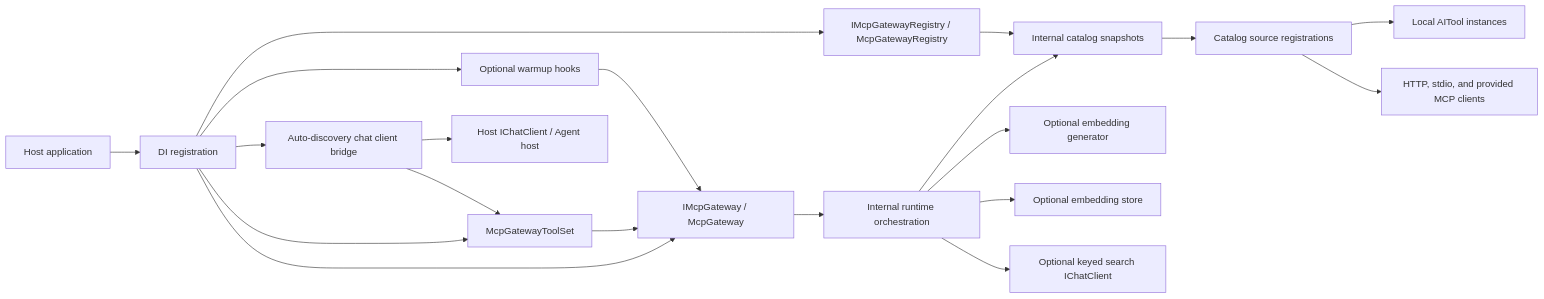
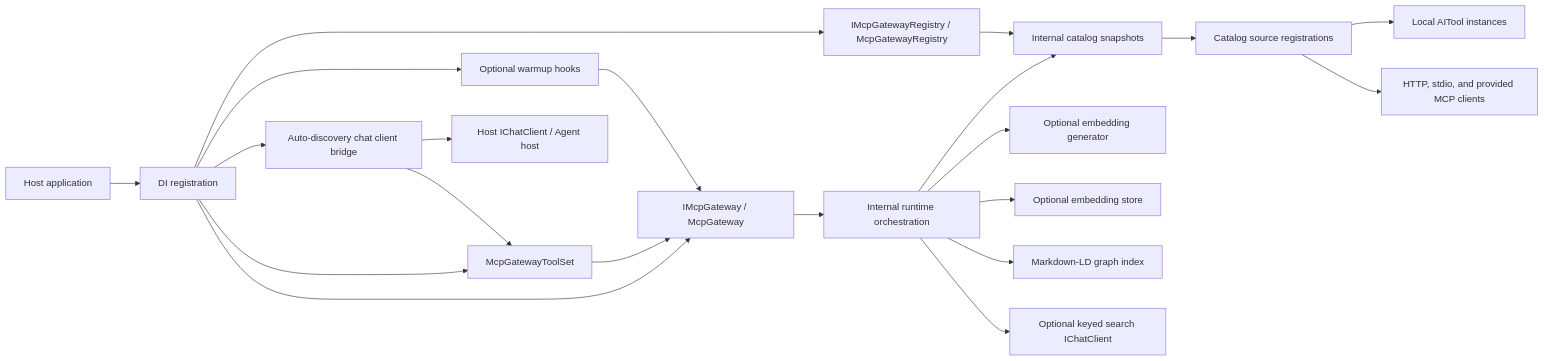
One commit to managedcode/MCPGateway changed the second of 4 diagrams in docs/Architecture/Overview.md. Above: the diagram before and after it, drawn with Mermaid. The commit also changed other lines of this file and 45 other files, not shown here.

````diff
--- a/docs/Architecture/Overview.md
+++ b/docs/Architecture/Overview.md
@@ -49,22 +49,23 @@
 ```mermaid
 flowchart LR
     Host["Host application"] --> DI["DI registration"]
     DI --> Facade["IMcpGateway / McpGateway"]
     DI --> Registry["IMcpGatewayRegistry / McpGatewayRegistry"]
     DI --> ToolSet["McpGatewayToolSet"]
     DI --> AutoDiscovery["Auto-discovery chat client bridge"]
     DI --> Warmup["Optional warmup hooks"]
     ToolSet --> Facade
     AutoDiscovery --> ToolSet
     AutoDiscovery --> HostChat["Host IChatClient / Agent host"]
     Warmup --> Facade
     Facade --> Runtime["Internal runtime orchestration"]
     Runtime --> Catalog["Internal catalog snapshots"]
     Registry --> Catalog
     Catalog --> Sources["Catalog source registrations"]
     Sources --> Local["Local AITool instances"]
     Sources --> MCP["HTTP, stdio, and provided MCP clients"]
     Runtime --> Embedder["Optional embedding generator"]
     Runtime --> Store["Optional embedding store"]
+    Runtime --> Graph["Markdown-LD graph index"]
     Runtime --> Normalizer["Optional keyed search IChatClient"]
 ```
````
